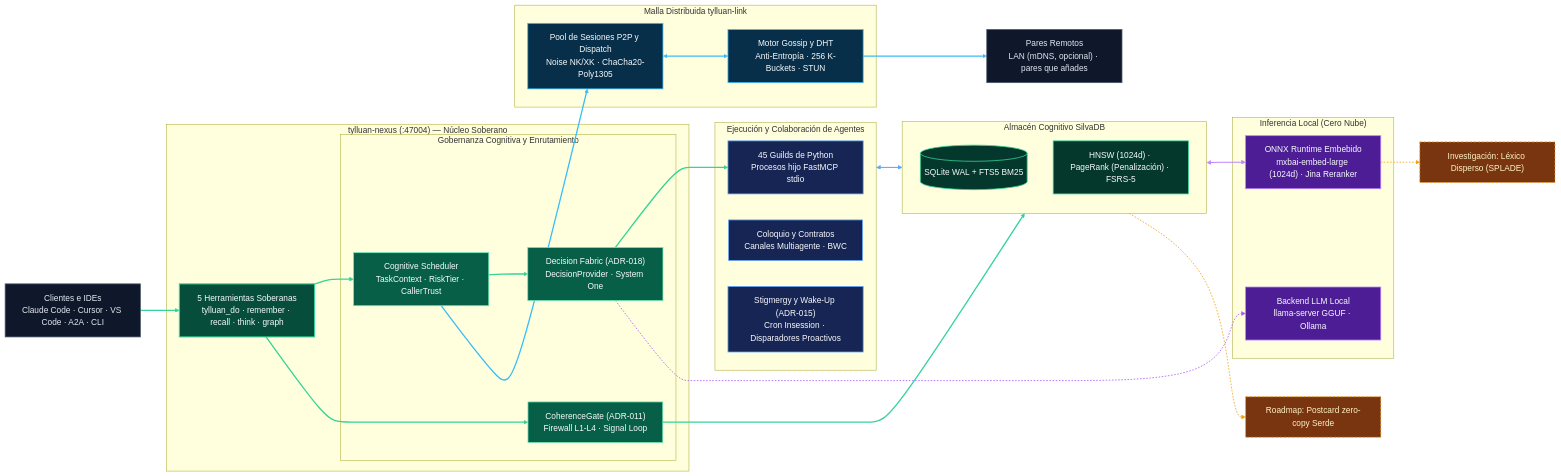
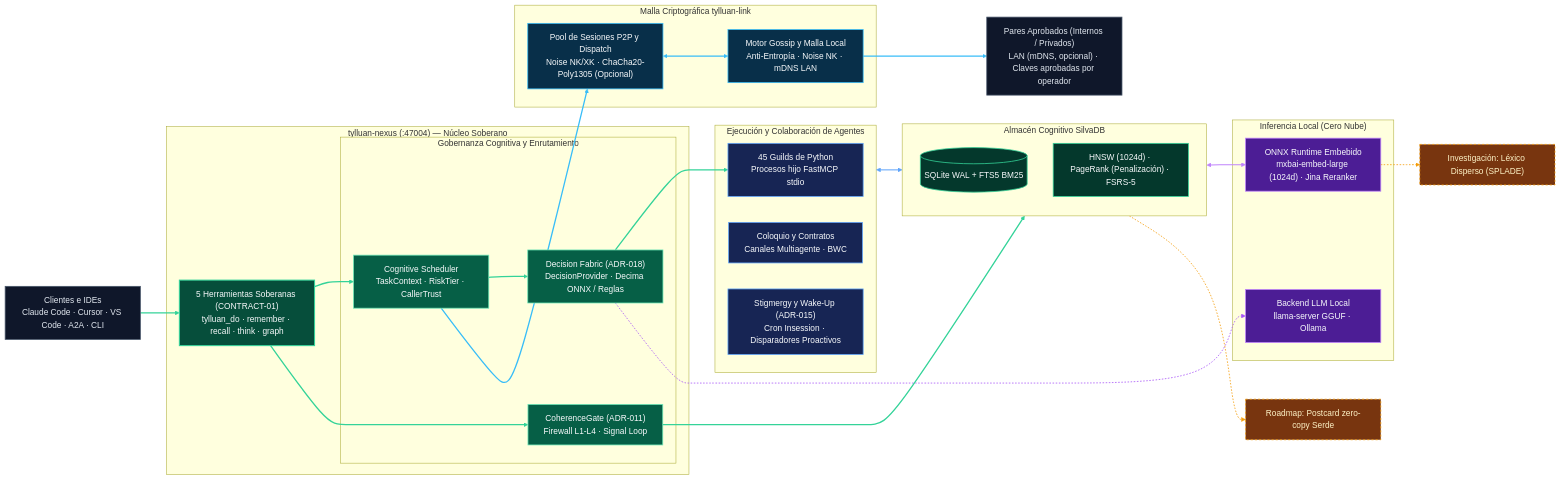
Before and after one commit to Forja-orca/tylluan: the diagram in README.es.md, drawn with Mermaid. The commit also changed other lines of this file and 3 other files, not shown here.

Commit message:
docs: align public diagrams and README with local cryptographic mesh reality

````diff
--- a/README.es.md
+++ b/README.es.md
@@ -343,80 +345,80 @@
 ```mermaid
 flowchart LR
   CLIENTS["Clientes e IDEs<br/>Claude Code · Cursor · VS Code · A2A · CLI"]
 
   subgraph SOVEREIGN["tylluan-nexus (:47004) — Núcleo Soberano"]
-    TOOLS["5 Herramientas Soberanas<br/>tylluan_do · remember · recall · think · graph"]
+    TOOLS["5 Herramientas Soberanas (CONTRACT-01)<br/>tylluan_do · remember · recall · think · graph"]
 
     subgraph GOVERN["Gobernanza Cognitiva y Enrutamiento"]
       SCHED["Cognitive Scheduler<br/>TaskContext · RiskTier · CallerTrust"]
-      DECIDER["Decision Fabric (ADR-018)<br/>DecisionProvider · System One"]
+      DECIDER["Decision Fabric (ADR-018)<br/>DecisionProvider · Decima ONNX / Reglas"]
       CGATE["CoherenceGate (ADR-011)<br/>Firewall L1-L4 · Signal Loop"]
     end
   end
 
   subgraph MEMORY["Almacén Cognitivo SilvaDB"]
     SILVA[("SQLite WAL + FTS5 BM25")]
     GRAPH["HNSW (1024d) · PageRank (Penalización) · FSRS-5"]
   end
 
   subgraph INFER["Inferencia Local (Cero Nube)"]
     ONNX["ONNX Runtime Embebido<br/>mxbai-embed-large (1024d) · Jina Reranker"]
     LLAMA["Backend LLM Local<br/>llama-server GGUF · Ollama"]
   end
 
   subgraph EXEC["Ejecución y Colaboración de Agentes"]
     GUILDS["45 Guilds de Python<br/>Procesos hijo FastMCP stdio"]
     COLOQUIO["Coloquio y Contratos<br/>Canales Multiagente · BWC"]
     WAKE["Stigmergy y Wake-Up (ADR-015)<br/>Cron Insession · Disparadores Proactivos"]
   end
 
-  subgraph MESH["Malla Distribuida tylluan-link"]
-    P2P["Pool de Sesiones P2P y Dispatch<br/>Noise NK/XK · ChaCha20-Poly1305"]
-    GOSSIP["Motor Gossip y DHT<br/>Anti-Entropía · 256 K-Buckets · STUN"]
+  subgraph MESH["Malla Criptográfica tylluan-link"]
+    P2P["Pool de Sesiones P2P y Dispatch<br/>Noise NK/XK · ChaCha20-Poly1305 (Opcional)"]
+    GOSSIP["Motor Gossip y Malla Local<br/>Anti-Entropía · Noise NK · mDNS LAN"]
   end
 
-  PEERS["Pares Remotos<br/>LAN (mDNS, opcional) · pares que añades"]
+  PEERS["Pares Aprobados (Internos / Privados)<br/>LAN (mDNS, opcional) · Claves aprobadas por operador"]
 
   SPARSE["Investigación: Léxico Disperso (SPLADE)"]:::future
   POSTCARD["Roadmap: Postcard zero-copy Serde"]:::future
 
   CLIENTS ==> TOOLS
   TOOLS ==> SCHED
   SCHED ==> DECIDER
   DECIDER ==> GUILDS
   TOOLS ==> CGATE
   CGATE ==> MEMORY
   MEMORY <==> ONNX
   EXEC <==> MEMORY
   DECIDER -.-> LLAMA
   SCHED ==> P2P
   P2P <==> GOSSIP
   GOSSIP ==> PEERS
 
   ONNX -.-> SPARSE
   MEMORY -.-> POSTCARD
 
   classDef sovStyle fill:#064e3b,stroke:#34d399,color:#f8fafc,stroke-width:2px;
   classDef govStyle fill:#065f46,stroke:#6ee7b7,color:#f8fafc,stroke-width:1.5px;
   classDef memStyle fill:#04382c,stroke:#34d399,color:#f8fafc,stroke-width:1.5px;
   classDef execStyle fill:#172554,stroke:#60a5fa,color:#f8fafc,stroke-width:1.5px;
   classDef inferStyle fill:#4c1d95,stroke:#c084fc,color:#f8fafc,stroke-width:1.5px;
   classDef meshStyle fill:#082f49,stroke:#38bdf8,color:#f8fafc,stroke-width:1.5px;
   classDef extStyle fill:#0f172a,stroke:#475569,color:#e2e8f0,stroke-width:1.5px;
   classDef future fill:#78350f,stroke:#f59e0b,stroke-width:1.5px,stroke-dasharray:4 4,color:#fef3c7;
 
   class CLIENTS,PEERS extStyle;
   class TOOLS sovStyle;
   class SCHED,DECIDER,CGATE govStyle;
   class SILVA,GRAPH memStyle;
   class GUILDS,COLOQUIO,WAKE execStyle;
   class ONNX,LLAMA inferStyle;
   class P2P,GOSSIP meshStyle;
 
   linkStyle 0,1,2,3,4,5 stroke:#34d399,stroke-width:2.5px;
   linkStyle 6 stroke:#c084fc,stroke-width:2px;
   linkStyle 7 stroke:#60a5fa,stroke-width:2px;
   linkStyle 8 stroke:#a855f7,stroke-width:1.5px,stroke-dasharray:3 3;
   linkStyle 9,10,11 stroke:#38bdf8,stroke-width:2.5px;
   linkStyle 12,13 stroke:#f59e0b,stroke-width:1.5px,stroke-dasharray:3 3;
 ```
````
